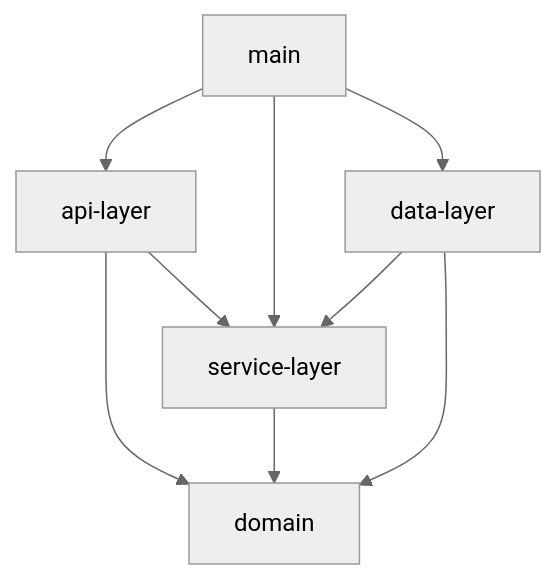
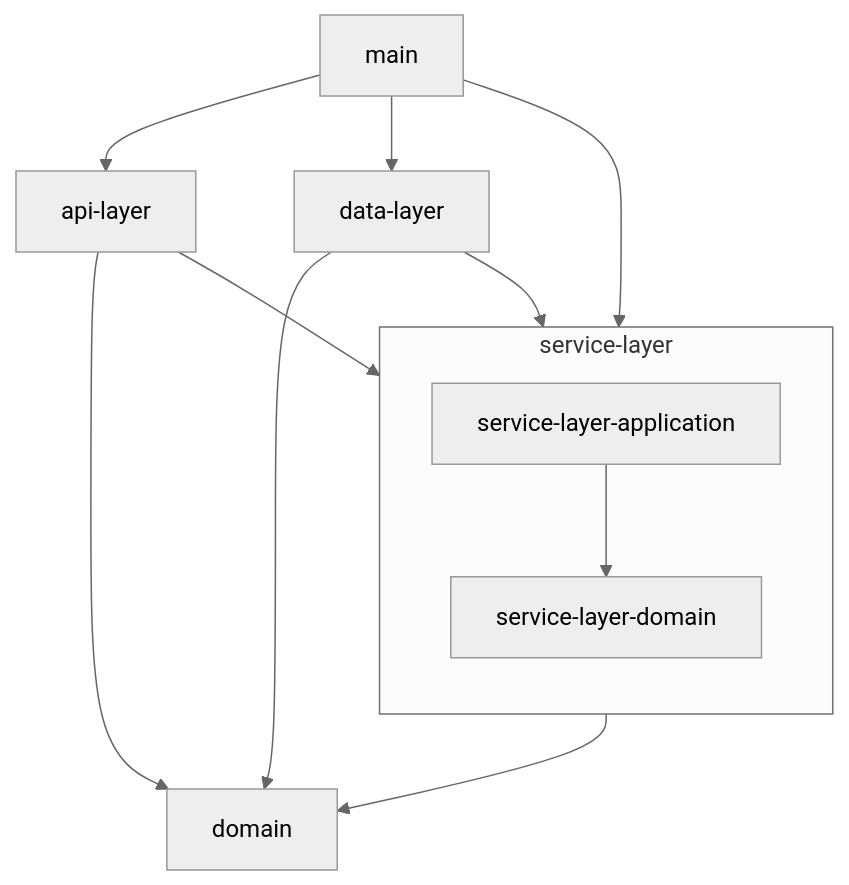
The diagram in README.md (Killjoyer/little-games), drawn with Mermaid (neutral theme) before and after one commit. The commit also changed other lines of this file, not shown here.

Commit message:
refactoring

````diff
--- a/README.md
+++ b/README.md
@@ -44,11 +44,15 @@
 ```mermaid
-graph TD;
-    main-->api-layer;
-    main-->data-layer;
-    api-layer-->service-layer;
-    main-->service-layer;
-    api-layer-->domain;
-    service-layer-->domain;
-    data-layer-->service-layer;
-    data-layer-->domain;
+flowchart TD
+    subgraph service-layer
+        direction TB
+        service-layer-application --> service-layer-domain
+    end
+    main --> api-layer
+    main --> data-layer
+    api-layer --> service-layer
+    main --> service-layer
+    api-layer --> domain
+    service-layer --> domain
+    data-layer --> service-layer
+    data-layer --> domain
 ```
````
